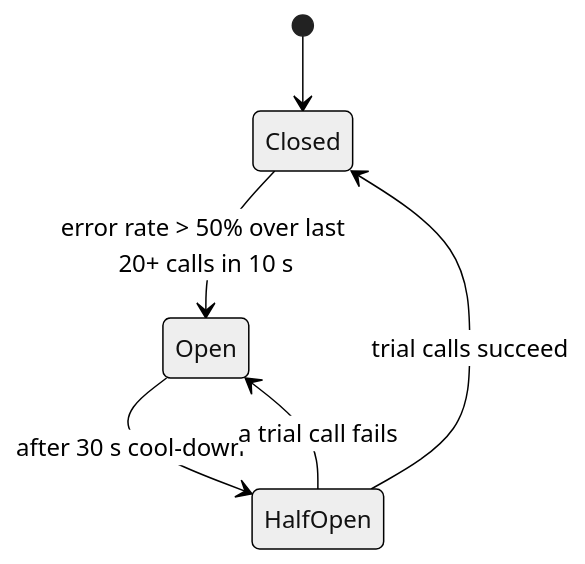
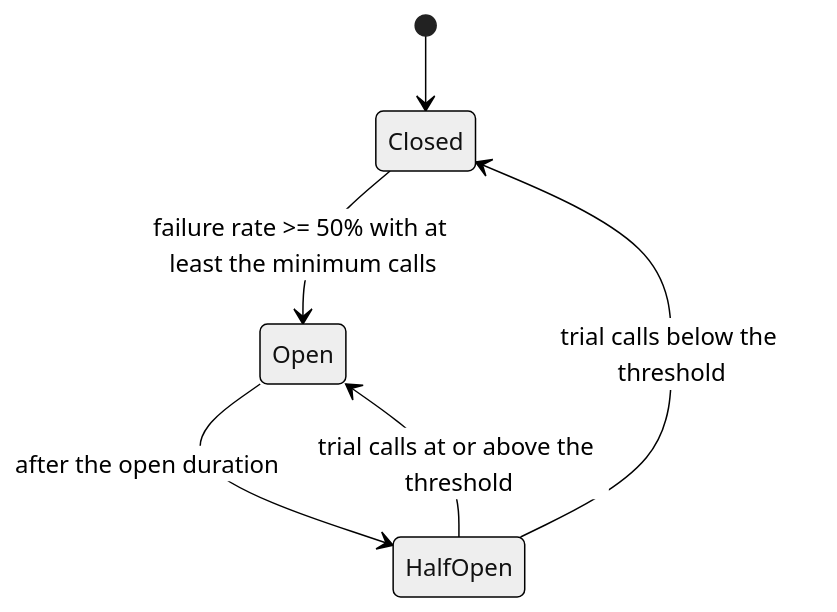
One commit to thull32/ascend changed the diagram in content/tracks/09-system-design/01-building-blocks/14-resilience-patterns.md. Above: the diagram before and after it, drawn with Mermaid (neutral theme). The commit also changed other lines of this file and 12 other files, not shown here.

````diff
--- a/content/tracks/09-system-design/01-building-blocks/14-resilience-patterns.md
+++ b/content/tracks/09-system-design/01-building-blocks/14-resilience-patterns.md
@@ -34,8 +40,8 @@
 ```mermaid
 stateDiagram-v2
     [*] --> Closed
-    Closed --> Open: error rate > 50% over last 20+ calls in 10 s
-    Open --> HalfOpen: after 30 s cool-down
-    HalfOpen --> Closed: trial calls succeed
-    HalfOpen --> Open: a trial call fails
+    Closed --> Open: failure rate >= 50% with at least the minimum calls
+    Open --> HalfOpen: after the open duration
+    HalfOpen --> Closed: trial calls below the threshold
+    HalfOpen --> Open: trial calls at or above the threshold
 ```
````
